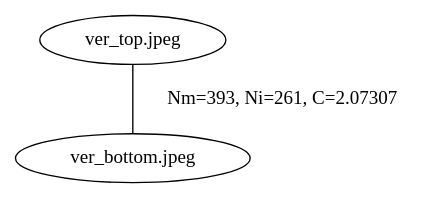
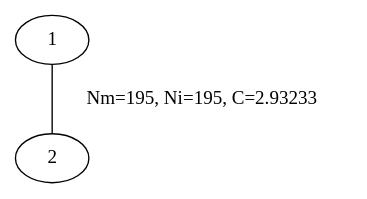
Before and after one commit to AlexandraKam/hakatonUpgrade: the diagram in ml/matches_graph.dot, drawn with Graphviz. The commit also changed 4 other files, not shown here.

```diff
--- a/ml/matches_graph.dot
+++ b/ml/matches_graph.dot
@@ -1,3 +1,3 @@
 graph matches_graph{
-"ver_top.jpeg" -- "ver_bottom.jpeg"[label="Nm=393, Ni=261, C=2.07307"];
+"1" -- "2"[label="Nm=195, Ni=195, C=2.93233"];
 }
```
